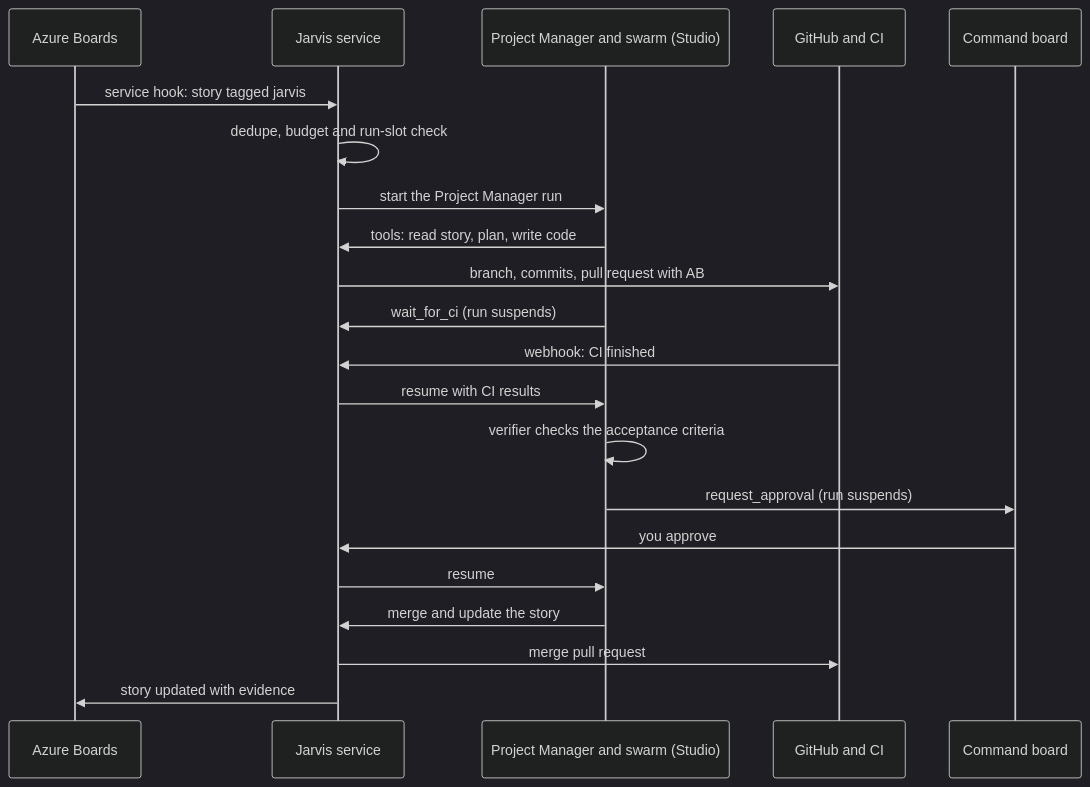
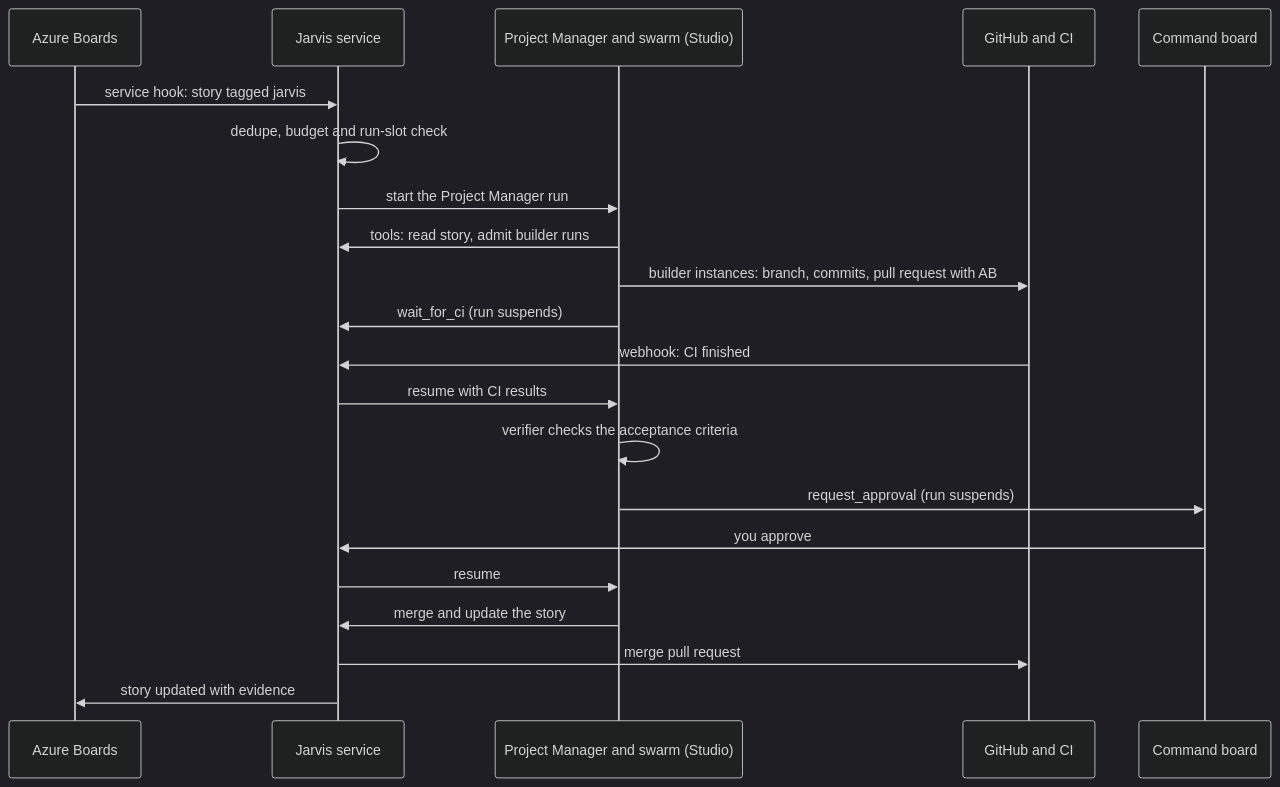
The second of 7 diagrams in docs/PROJECT_JARVIS.md (Roberto-Trimble/project_jarvis_headquarter), drawn with Mermaid (dark theme) before and after one commit. The commit also changed other lines of this file and 12 other files, not shown here.

Commit message:
Prompts: swarm Builder, new Curator, PM dispatches admitted builder instances one event per run; curator in create-agents and docs; evidence

````diff
--- a/docs/PROJECT_JARVIS.md
+++ b/docs/PROJECT_JARVIS.md
@@ -79,23 +80,23 @@
 ```mermaid
 sequenceDiagram
     participant AB as Azure Boards
     participant J as Jarvis service
     participant PM as Project Manager and swarm (Studio)
     participant GH as GitHub and CI
     participant B as Command board
     AB->>J: service hook: story tagged jarvis
     J->>J: dedupe, budget and run-slot check
     J->>PM: start the Project Manager run
-    PM->>J: tools: read story, plan, write code
-    J->>GH: branch, commits, pull request with AB#id
+    PM->>J: tools: read story, admit builder runs
+    PM->>GH: builder instances: branch, commits, pull request with AB#id (Studio's GitHub connector)
     PM->>J: wait_for_ci (run suspends)
     GH->>J: webhook: CI finished
     J->>PM: resume with CI results
     PM->>PM: verifier checks the acceptance criteria
     PM->>B: request_approval (run suspends)
     B->>J: you approve
     J->>PM: resume
     PM->>J: merge and update the story
     J->>GH: merge pull request
     J->>AB: story updated with evidence
 ```
````
